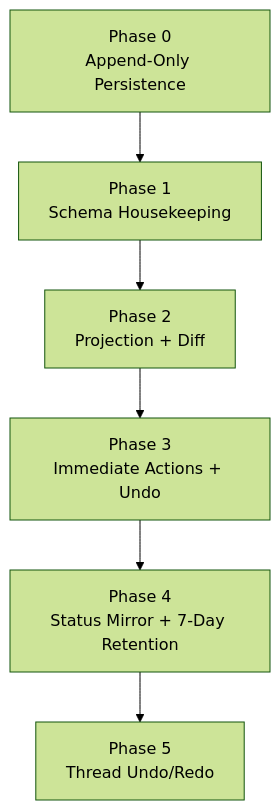
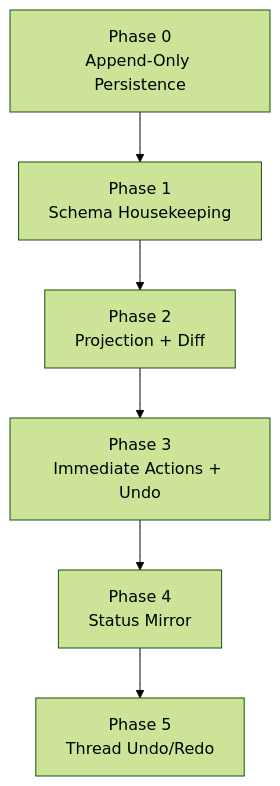
One commit to haowjy/meridian-flow changed the diagram in _docs/plans/collab-review-v2/spec/plan.md. Above: the diagram before and after it, drawn with Mermaid (forest theme). The commit also changed other lines of this file and 7 other files, not shown here.

````diff
--- a/_docs/plans/collab-review-v2/spec/plan.md
+++ b/_docs/plans/collab-review-v2/spec/plan.md
@@ -79,8 +77,8 @@
 ```mermaid
 flowchart TB
     P0[Phase 0\nAppend-Only Persistence] --> P1[Phase 1\nSchema Housekeeping]
     P1 --> P2[Phase 2\nProjection + Diff]
     P2 --> P3[Phase 3\nImmediate Actions + Undo]
-    P3 --> P4[Phase 4\nStatus Mirror + 7-Day Retention]
+    P3 --> P4[Phase 4\nStatus Mirror]
     P4 --> P5[Phase 5\nThread Undo/Redo]
 ```
````
